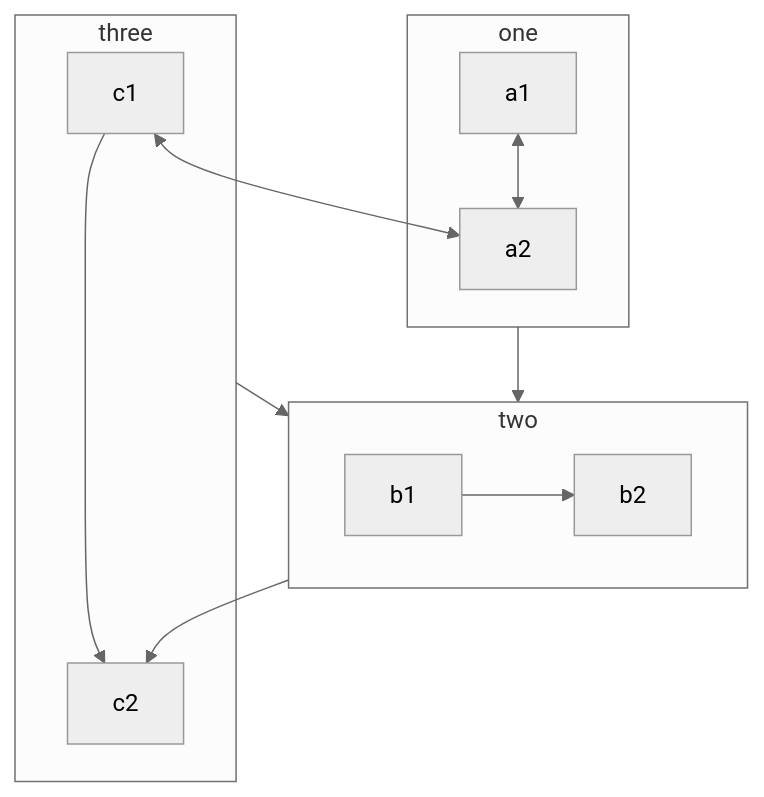
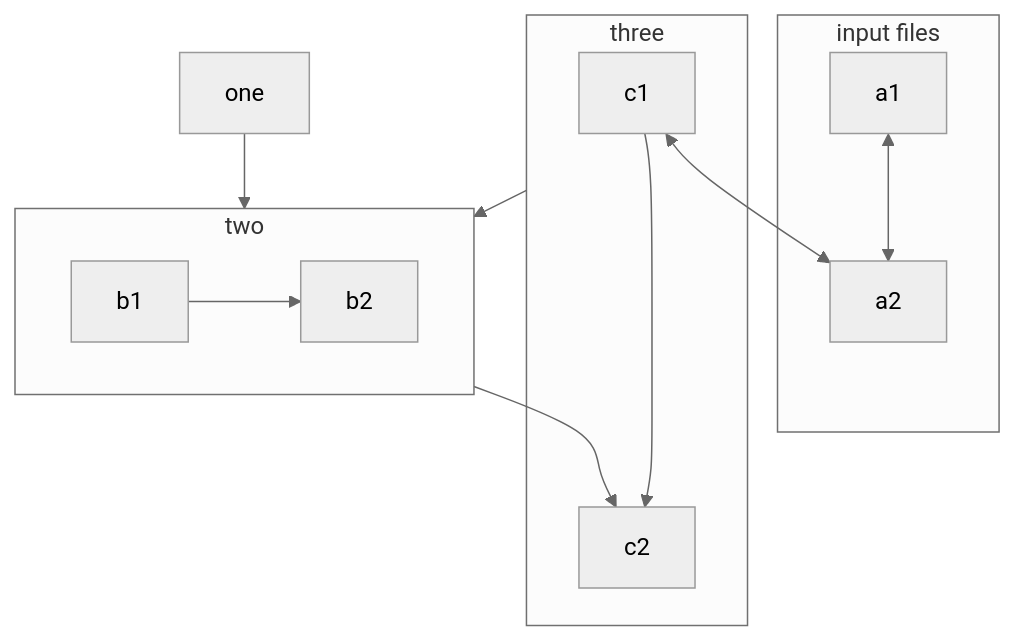
The first of 2 diagrams in README.md (brendanjmeade/celeri), drawn with Mermaid (neutral theme) before and after one commit. The commit also changed other lines of this file, not shown here.

````diff
--- a/README.md
+++ b/README.md
@@ -23,16 +23,16 @@
 ```mermaid
 flowchart TB
     c1<-->a2
-    subgraph one
+    subgraph input files
     a1<-->a2
     end
     subgraph two
     b1-->b2
     end
     subgraph three
     c1-->c2
     end
     one --> two
     three --> two
     two --> c2
 ```
````
